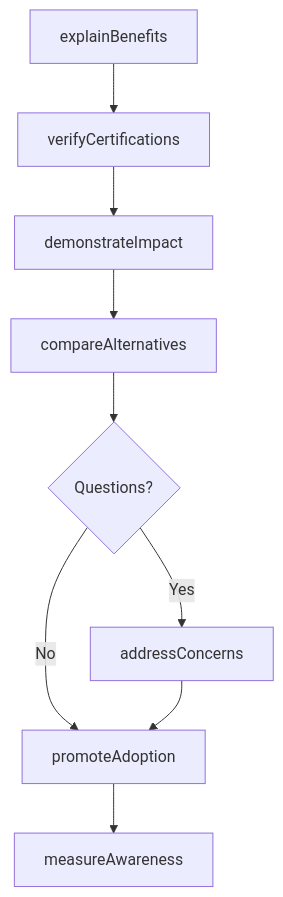
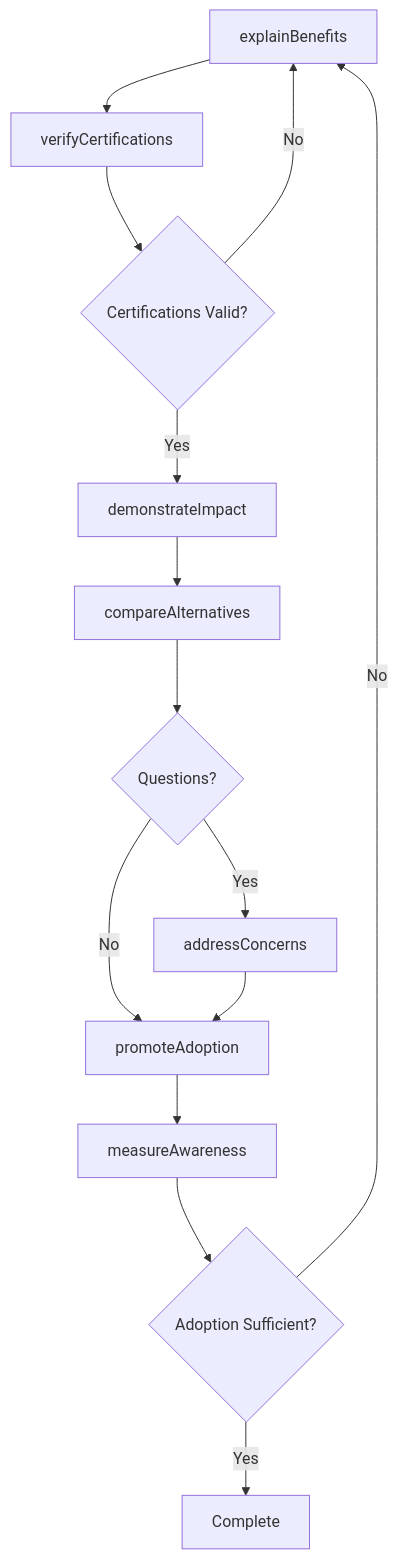
One commit to dot-org-ai/tasks.org.ai changed the third of 4 diagrams in CommunicatingWithPeopleOutsideTheOrganization/ProvideInformationOrAssistanceToThePublic/PresentSustainableProductsServicesInformation.mdx. Above: the diagram before and after it, drawn with Mermaid. The commit also changed other lines of this file and 504 other files, not shown here.

First line of the commit message:
feat: Add ER diagrams, state diagrams, and workflow improvements to 96 DWA task files

````diff
--- a/CommunicatingWithPeopleOutsideTheOrganization/ProvideInformationOrAssistanceToThePublic/PresentSustainableProductsServicesInformation.mdx
+++ b/CommunicatingWithPeopleOutsideTheOrganization/ProvideInformationOrAssistanceToThePublic/PresentSustainableProductsServicesInformation.mdx
@@ -87,11 +115,16 @@
 ```mermaid
 graph TD
     A[explainBenefits] --> B[verifyCertifications]
-    B --> C[demonstrateImpact]
-    C --> D[compareAlternatives]
-    D --> E{Questions?}
-    E -->|Yes| F[addressConcerns]
-    E -->|No| G[promoteAdoption]
-    F --> G
-    G --> H[measureAwareness]
+    B --> C{Certifications Valid?}
+    C -->|Yes| D[demonstrateImpact]
+    C -->|No| A
+    D --> E[compareAlternatives]
+    E --> F{Questions?}
+    F -->|Yes| G[addressConcerns]
+    F -->|No| H[promoteAdoption]
+    G --> H
+    H --> I[measureAwareness]
+    I --> J{Adoption Sufficient?}
+    J -->|Yes| K[Complete]
+    J -->|No| A
 ```
````
